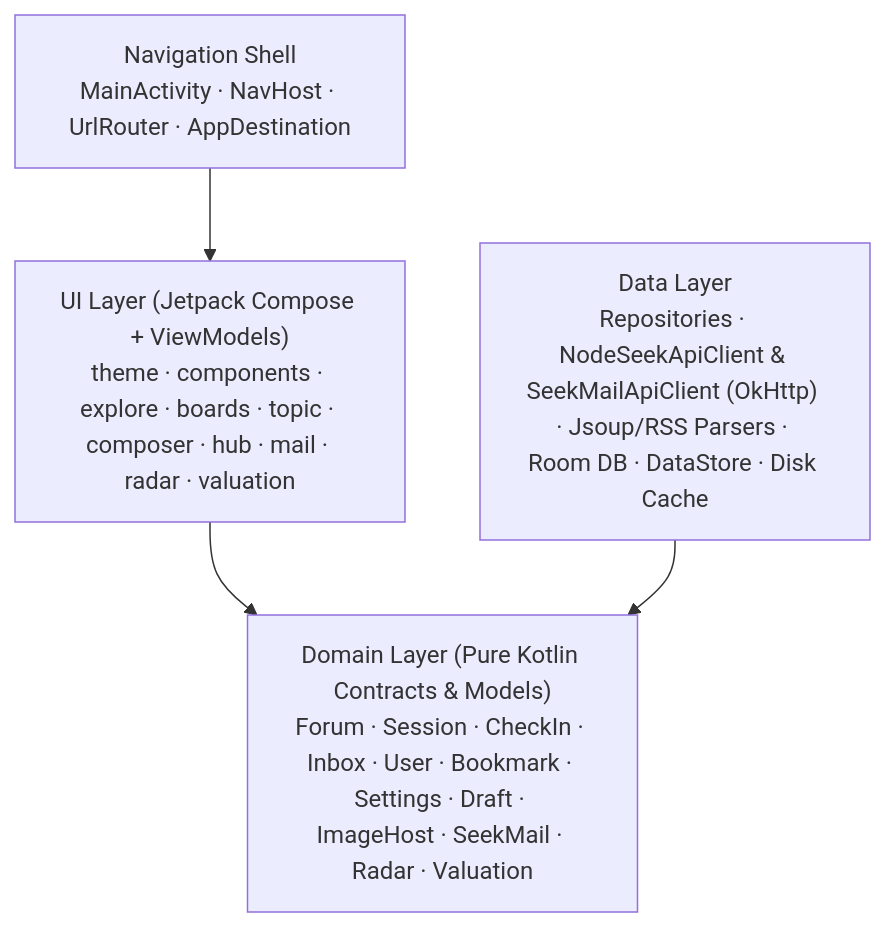
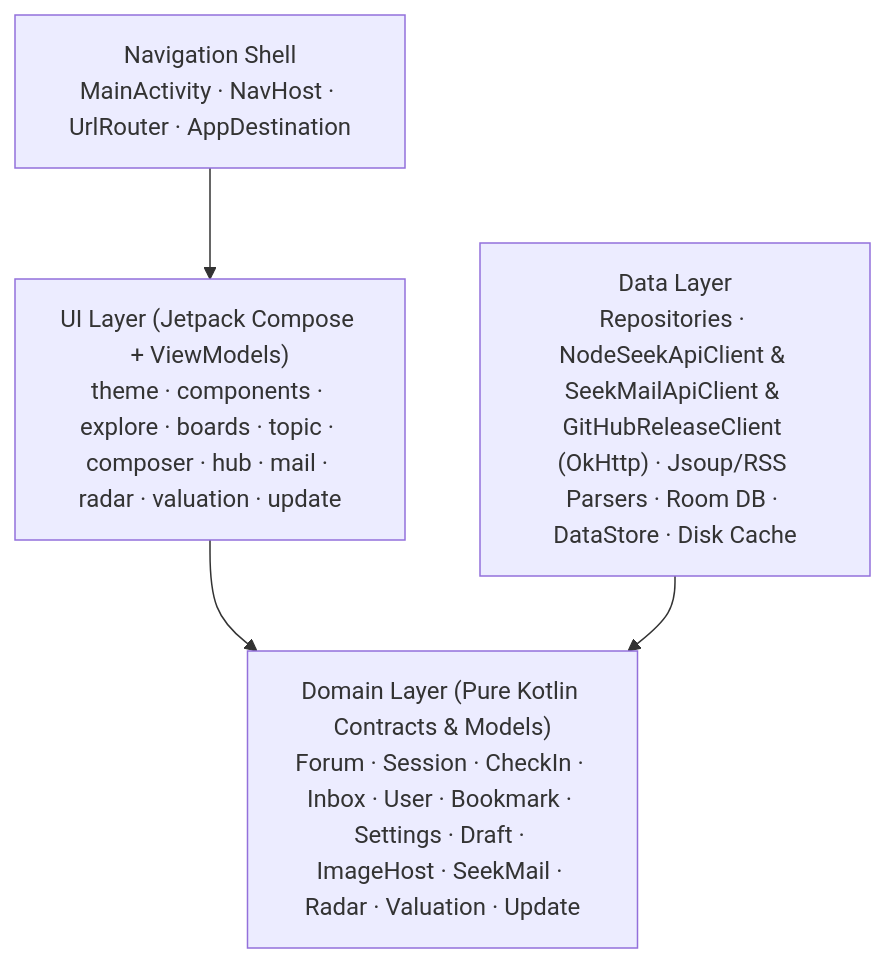
The diagram in README.md (learningdog1/Anode), drawn with Mermaid before and after one commit. The commit also changed other lines of this file and 22 other files, not shown here.

Commit message:
feat: add GitHub Release update reminder and in-app update (v1.1.0)

````diff
--- a/README.md
+++ b/README.md
@@ -262,11 +262,11 @@
 ```mermaid
 flowchart TD
-    UI["UI Layer (Jetpack Compose + ViewModels)<br/>theme · components · explore · boards · topic · composer · hub · mail · radar · valuation"]
+    UI["UI Layer (Jetpack Compose + ViewModels)<br/>theme · components · explore · boards · topic · composer · hub · mail · radar · valuation · update"]
     NAV["Navigation Shell<br/>MainActivity · NavHost · UrlRouter · AppDestination"]
-    DOMAIN["Domain Layer (Pure Kotlin Contracts & Models)<br/>Forum · Session · CheckIn · Inbox · User · Bookmark · Settings · Draft · ImageHost · SeekMail · Radar · Valuation"]
-    DATA["Data Layer<br/>Repositories · NodeSeekApiClient & SeekMailApiClient (OkHttp) · Jsoup/RSS Parsers · Room DB · DataStore · Disk Cache"]
+    DOMAIN["Domain Layer (Pure Kotlin Contracts & Models)<br/>Forum · Session · CheckIn · Inbox · User · Bookmark · Settings · Draft · ImageHost · SeekMail · Radar · Valuation · Update"]
+    DATA["Data Layer<br/>Repositories · NodeSeekApiClient & SeekMailApiClient & GitHubReleaseClient (OkHttp) · Jsoup/RSS Parsers · Room DB · DataStore · Disk Cache"]
 
     NAV --> UI
     UI --> DOMAIN
     DATA --> DOMAIN
 ```
````
